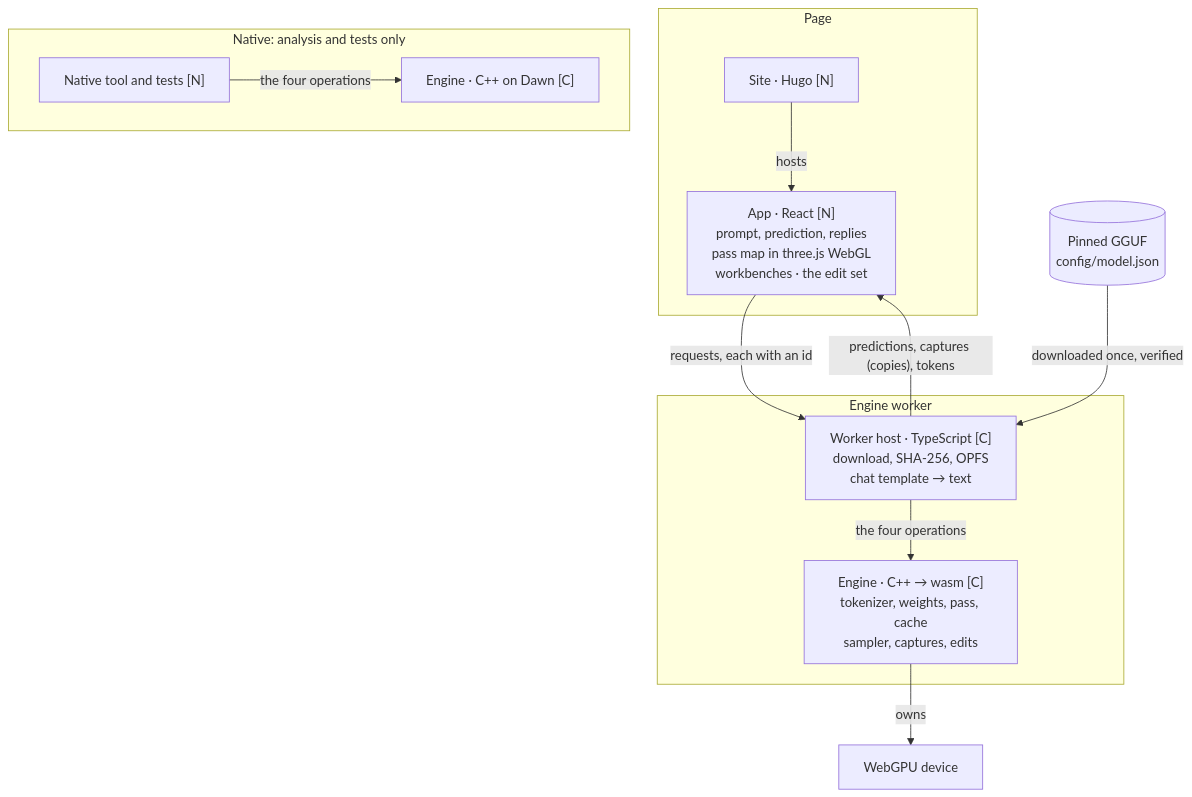
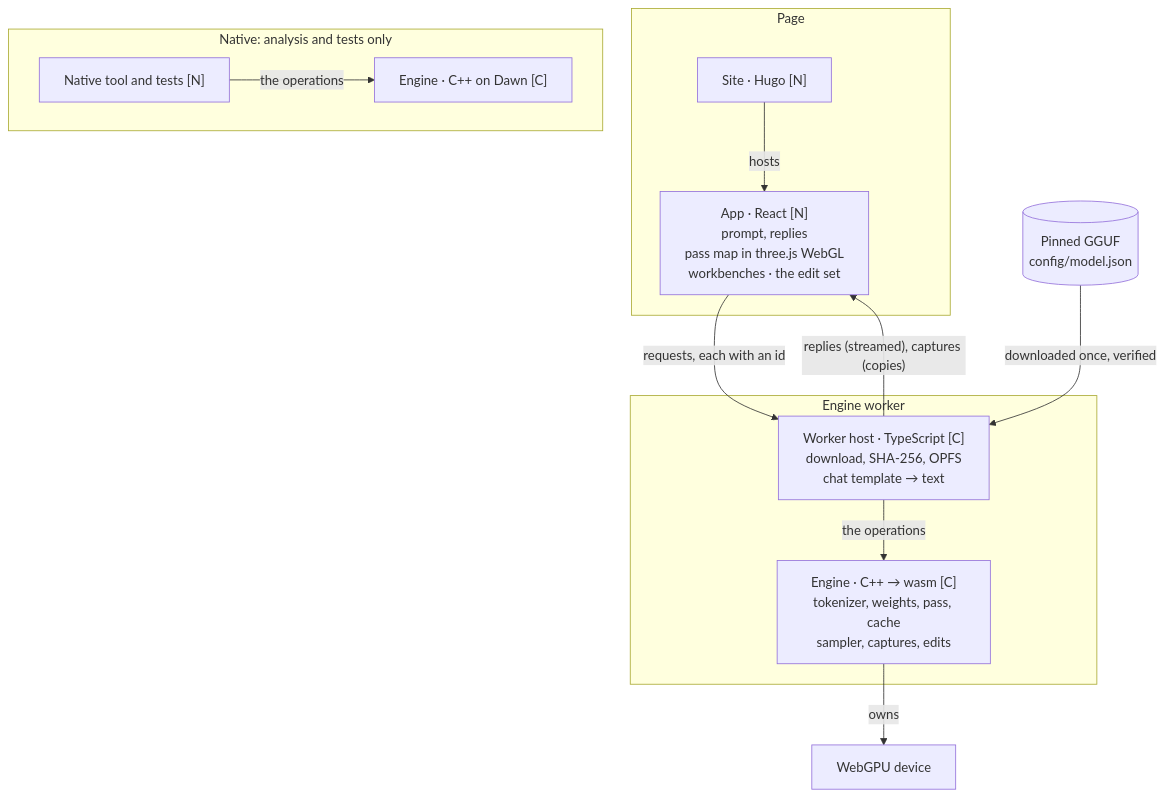
One commit to plainsight-systems/frizzle changed the first of 4 diagrams in docs/architecture/logical-overview.md. Above: the diagram before and after it, drawn with Mermaid. The commit also changed other lines of this file and 13 other files, not shown here.

````diff
--- a/docs/architecture/logical-overview.md
+++ b/docs/architecture/logical-overview.md
@@ -14,24 +14,24 @@
 ```mermaid
 flowchart TB
   subgraph Page["Page"]
     Site["Site · Hugo [N]"]
-    App["App · React [N]<br/>prompt, prediction, replies<br/>pass map in three.js WebGL<br/>workbenches · the edit set"]
+    App["App · React [N]<br/>prompt, replies<br/>pass map in three.js WebGL<br/>workbenches · the edit set"]
   end
   subgraph Worker["Engine worker"]
     Host["Worker host · TypeScript [C]<br/>download, SHA-256, OPFS<br/>chat template → text"]
     Wasm["Engine · C++ → wasm [C]<br/>tokenizer, weights, pass, cache<br/>sampler, captures, edits"]
   end
   File[("Pinned GGUF<br/>config/model.json")]
   GPU["WebGPU device"]
   subgraph Native["Native: analysis and tests only"]
     Tool["Native tool and tests [N]"]
     Dawn["Engine · C++ on Dawn [C]"]
   end
   Site -->|"hosts"| App
   App -->|"requests, each with an id"| Host
-  Host -->|"predictions, captures (copies), tokens"| App
+  Host -->|"replies (streamed), captures (copies)"| App
   File -->|"downloaded once, verified"| Host
-  Host -->|"the four operations"| Wasm
+  Host -->|"the operations"| Wasm
   Wasm -->|"owns"| GPU
-  Tool -->|"the four operations"| Dawn
+  Tool -->|"the operations"| Dawn
 ```
````
